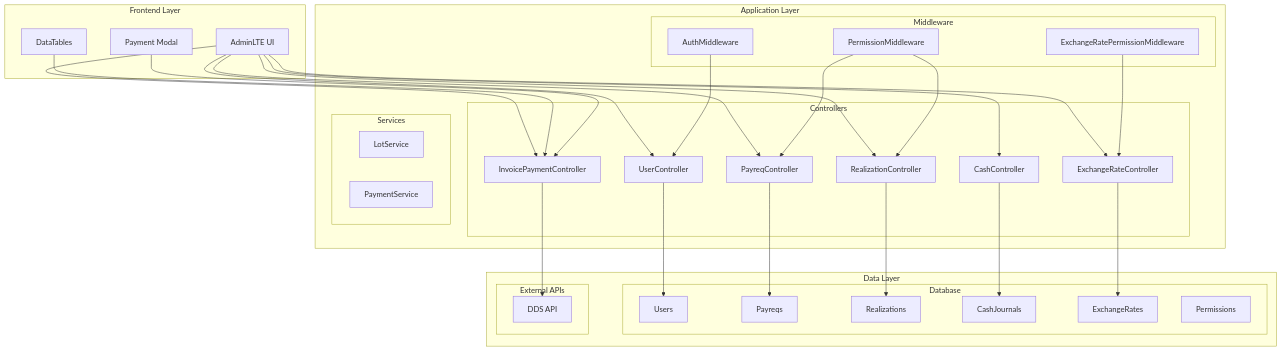
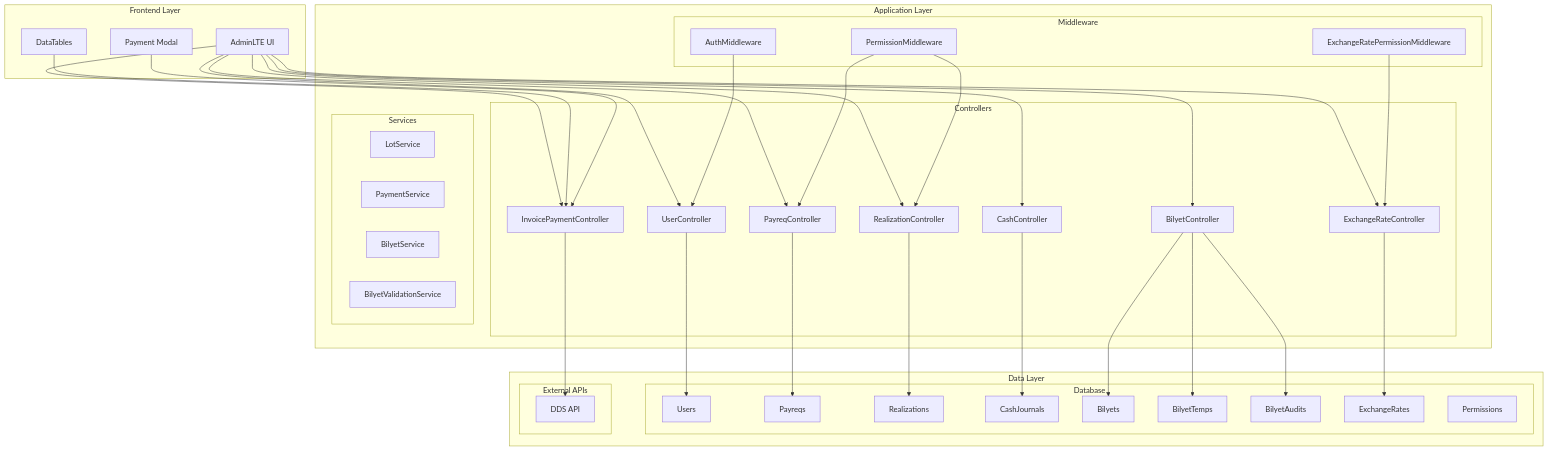
Before and after one commit to rachmanj/payreq-x-v3: the first of 4 diagrams in docs/architecture.md, drawn with Mermaid. The commit also changed other lines of this file and 5 other files, not shown here.

````diff
--- a/docs/architecture.md
+++ b/docs/architecture.md
@@ -104,68 +104,78 @@
 ```mermaid
 graph TB
     subgraph "Frontend Layer"
         UI[AdminLTE UI]
         DT[DataTables]
         Modal[Payment Modal]
     end
 
     subgraph "Application Layer"
         subgraph "Controllers"
             UserController
             PayreqController
             RealizationController
             CashController
+            BilyetController
             InvoicePaymentController
             ExchangeRateController
         end
 
         subgraph "Services"
             LotService
             PaymentService
+            BilyetService
+            BilyetValidationService
         end
 
         subgraph "Middleware"
             AuthMiddleware
             PermissionMiddleware
             ExchangeRatePermissionMiddleware
         end
     end
 
     subgraph "Data Layer"
         subgraph "Database"
             Users
             Payreqs
             Realizations
             CashJournals
+            Bilyets
+            BilyetTemps
+            BilyetAudits
             ExchangeRates
             Permissions
         end
 
         subgraph "External APIs"
             DDS_API[DDS API]
         end
     end
 
     UI --> UserController
     UI --> PayreqController
     UI --> RealizationController
     UI --> CashController
+    UI --> BilyetController
     UI --> InvoicePaymentController
     UI --> ExchangeRateController
 
     DT --> InvoicePaymentController
     Modal --> InvoicePaymentController
 
     InvoicePaymentController --> DDS_API
     ExchangeRateController --> ExchangeRates
 
     UserController --> Users
     PayreqController --> Payreqs
     RealizationController --> Realizations
     CashController --> CashJournals
+    BilyetController --> Bilyets
+    BilyetController --> BilyetTemps
+    BilyetController --> BilyetAudits
 
     AuthMiddleware --> UserController
     PermissionMiddleware --> PayreqController
     PermissionMiddleware --> RealizationController
     ExchangeRatePermissionMiddleware --> ExchangeRateController
 ```
````
